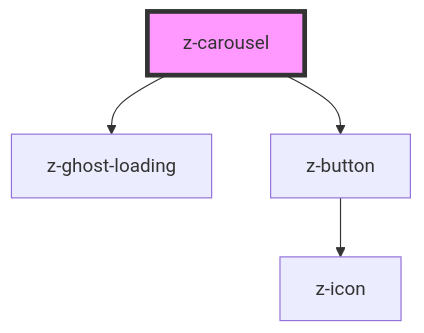
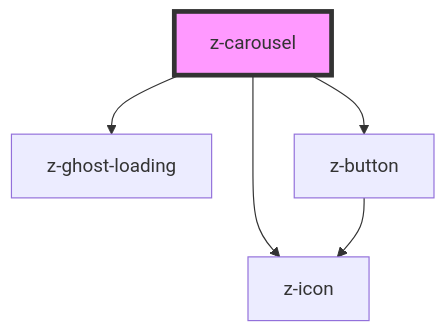
The diagram in src/components/z-carousel/readme.md (ZanichelliEditore/design-system), drawn with Mermaid before and after one commit. The commit also changed other lines of this file and 4 other files, not shown here.

````diff
--- a/src/components/z-carousel/readme.md
+++ b/src/components/z-carousel/readme.md
@@ -35,7 +44,8 @@
 ```mermaid
 graph TD;
   z-carousel --> z-ghost-loading
   z-carousel --> z-button
+  z-carousel --> z-icon
   z-button --> z-icon
   style z-carousel fill:#f9f,stroke:#333,stroke-width:4px
 ```
````
